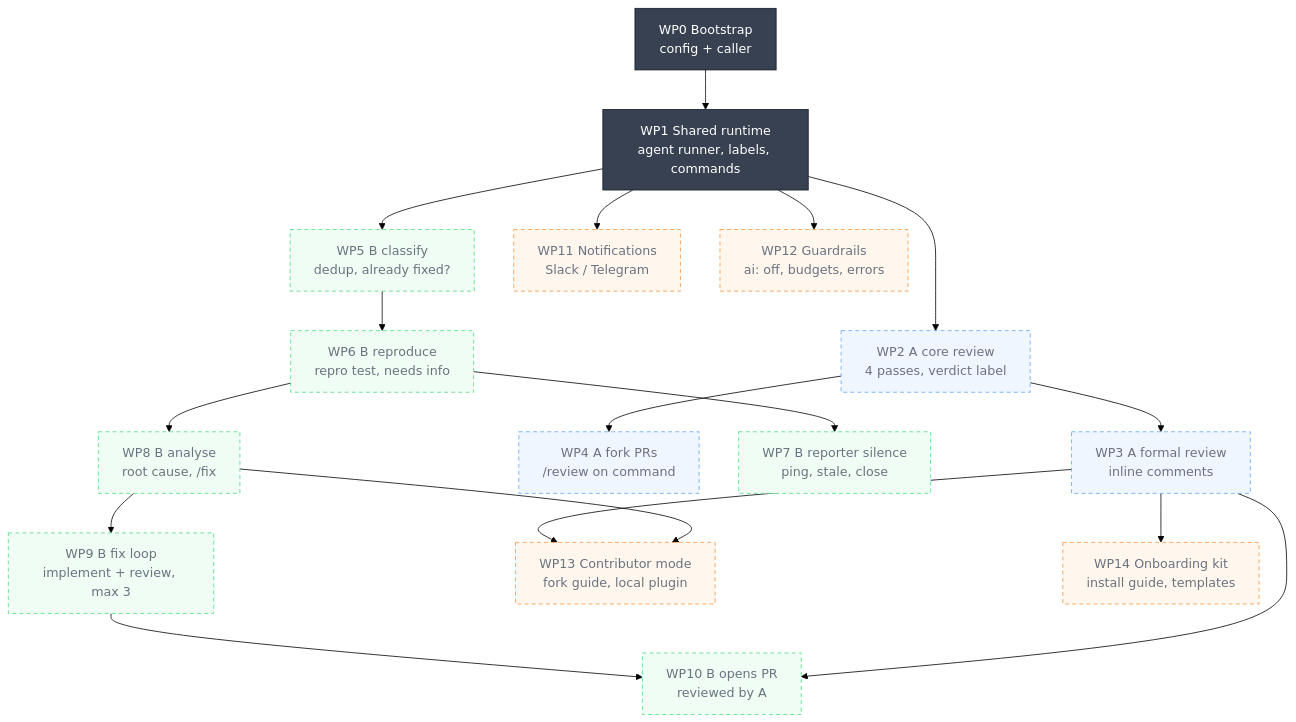
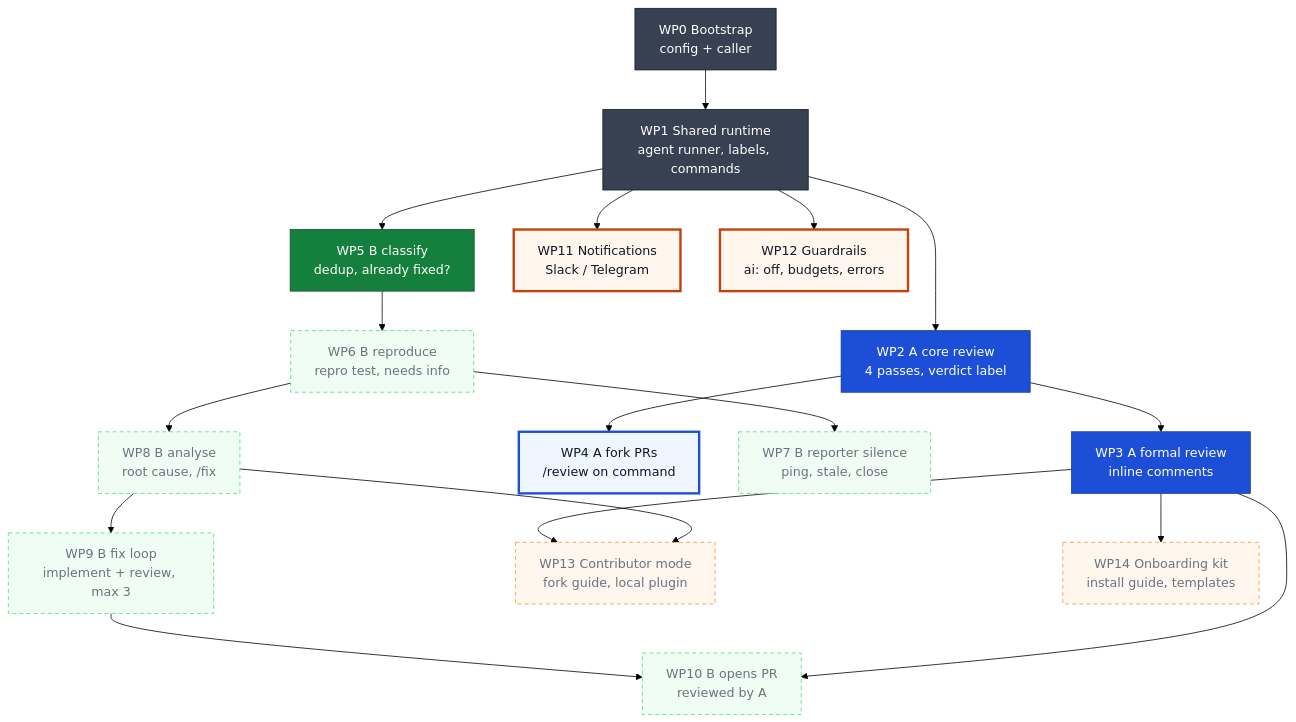
The first of 3 diagrams in docs/diagrams.md (esciara/ai-workflows), drawn with Mermaid (forest theme) before and after one commit. The commit also changed other lines of this file and 3 other files, not shown here.

````diff
--- a/docs/diagrams.md
+++ b/docs/diagrams.md
@@ -22,47 +22,74 @@
 ```mermaid
 flowchart TD
-  WP0["WP0 Bootstrap<br/>config + caller"]:::done --> WP1["WP1 Shared runtime<br/>agent runner, labels, commands"]:::done
+  %% Status is not typed here: render-diagrams sets each WP's class from its bead in docs/board.jsonl (ADR-0046).
+  %% Lanes: <lane> not started, <lane>Wip in progress, <lane>Done done.
+  %% lane base: WP0 WP1
+  %% lane a: WP2 WP3 WP4
+  %% lane b: WP5 WP6 WP7 WP8 WP9 WP10
+  %% lane x: WP11 WP12 WP13 WP14
 
-  WP1 --> WP2["WP2 A core review<br/>4 passes, verdict label"]:::a
-  WP2 --> WP3["WP3 A formal review<br/>inline comments"]:::a
-  WP2 --> WP4["WP4 A fork PRs<br/>/review on command"]:::a
+  WP0["WP0 Bootstrap<br/>config + caller"] --> WP1["WP1 Shared runtime<br/>agent runner, labels, commands"]
 
-  WP1 --> WP5["WP5 B classify<br/>dedup, already fixed?"]:::b
-  WP5 --> WP6["WP6 B reproduce<br/>repro test, needs info"]:::b
-  WP6 --> WP7["WP7 B reporter silence<br/>ping, stale, close"]:::b
-  WP6 --> WP8["WP8 B analyse<br/>root cause, /fix"]:::b
-  WP8 --> WP9["WP9 B fix loop<br/>implement + review, max 3"]:::b
-  WP9 --> WP10["WP10 B opens PR<br/>reviewed by A"]:::b
+  WP1 --> WP2["WP2 A core review<br/>4 passes, verdict label"]
+  WP2 --> WP3["WP3 A formal review<br/>inline comments"]
+  WP2 --> WP4["WP4 A fork PRs<br/>/review on command"]
+
+  WP1 --> WP5["WP5 B classify<br/>dedup, already fixed?"]
+  WP5 --> WP6["WP6 B reproduce<br/>repro test, needs info"]
+  WP6 --> WP7["WP7 B reporter silence<br/>ping, stale, close"]
+  WP6 --> WP8["WP8 B analyse<br/>root cause, /fix"]
+  WP8 --> WP9["WP9 B fix loop<br/>implement + review, max 3"]
+  WP9 --> WP10["WP10 B opens PR<br/>reviewed by A"]
   WP3 --> WP10
 
-  WP1 --> WP11["WP11 Notifications<br/>Slack / Telegram"]:::x
-  WP1 --> WP12["WP12 Guardrails<br/>ai: off, budgets, errors"]:::x
-  WP3 --> WP13["WP13 Contributor mode<br/>fork guide, local plugin"]:::x
+  WP1 --> WP11["WP11 Notifications<br/>Slack / Telegram"]
+  WP1 --> WP12["WP12 Guardrails<br/>ai: off, budgets, errors"]
+  WP3 --> WP13["WP13 Contributor mode<br/>fork guide, local plugin"]
   WP8 --> WP13
-  WP3 --> WP14["WP14 Onboarding kit<br/>install guide, templates"]:::x
+  WP3 --> WP14["WP14 Onboarding kit<br/>install guide, templates"]
+
+  classDef base fill:#f3f4f6,stroke:#9ca3af,stroke-dasharray:5 4,color:#6b7280
+  classDef a fill:#eff6ff,stroke:#60a5fa,stroke-dasharray:5 4,color:#6b7280
+  classDef b fill:#f0fdf4,stroke:#4ade80,stroke-dasharray:5 4,color:#6b7280
+  classDef x fill:#fff7ed,stroke:#fb923c,stroke-dasharray:5 4,color:#6b7280
+  classDef baseWip fill:#f3f4f6,stroke:#4b5563,stroke-width:3px,color:#111827
+  classDef aWip fill:#eff6ff,stroke:#1d4ed8,stroke-width:3px,color:#111827
+  classDef bWip fill:#f0fdf4,stroke:#15803d,stroke-width:3px,color:#111827
+  classDef xWip fill:#fff7ed,stroke:#c2410c,stroke-width:3px,color:#111827
+  classDef baseDone fill:#374151,stroke:#111827,color:#ffffff
+  classDef aDone fill:#1d4ed8,stroke:#1e3a8a,color:#ffffff
+  classDef bDone fill:#15803d,stroke:#14532d,color:#ffffff
+  classDef xDone fill:#c2410c,stroke:#7c2d12,color:#ffffff
 
   click WP0 "https://github.com/esciara/ai-workflows/blob/main/docs/plan.md?plain=1#L32" "Open WP0 in docs/plan.md" _blank
   click WP1 "https://github.com/esciara/ai-workflows/blob/main/docs/plan.md?plain=1#L33" "Open WP1 in docs/plan.md" _blank
   click WP2 "https://github.com/esciara/ai-workflows/blob/main/docs/plan.md?plain=1#L34" "Open WP2 in docs/plan.md" _blank
-  click WP3 "https://github.com/esciara/ai-workflows/blob/main/docs/plan.md?plain=1#L35" "Open WP3 in docs/plan.md" _blank
-  click WP4 "https://github.com/esciara/ai-workflows/blob/main/docs/plan.md?plain=1#L36" "Open WP4 in docs/plan.md" _blank
-  click WP5 "https://github.com/esciara/ai-workflows/blob/main/docs/plan.md?plain=1#L37" "Open WP5 in docs/plan.md" _blank
-  click WP6 "https://github.com/esciara/ai-workflows/blob/main/docs/plan.md?plain=1#L38" "Open WP6 in docs/plan.md" _blank
-  click WP7 "https://github.com/esciara/ai-workflows/blob/main/docs/plan.md?plain=1#L39" "Open WP7 in docs/plan.md" _blank
-  click WP8 "https://github.com/esciara/ai-workflows/blob/main/docs/plan.md?plain=1#L40" "Open WP8 in docs/plan.md" _blank
-  click WP9 "https://github.com/esciara/ai-workflows/blob/main/docs/plan.md?plain=1#L41" "Open WP9 in docs/plan.md" _blank
-  click WP10 "https://github.com/esciara/ai-workflows/blob/main/docs/plan.md?plain=1#L42" "Open WP10 in docs/plan.md" _blank
-  click WP11 "https://github.com/esciara/ai-workflows/blob/main/docs/plan.md?plain=1#L43" "Open WP11 in docs/plan.md" _blank
-  click WP12 "https://github.com/esciara/ai-workflows/blob/main/docs/plan.md?plain=1#L44" "Open WP12 in docs/plan.md" _blank
-  click WP13 "https://github.com/esciara/ai-workflows/blob/main/docs/plan.md?plain=1#L45" "Open WP13 in docs/plan.md" _blank
-  click WP14 "https://github.com/esciara/ai-workflows/blob/main/docs/plan.md?plain=1#L46" "Open WP14 in docs/plan.md" _blank
+  click WP3 "https://github.com/esciara/ai-workflows/blob/main/docs/plan.md?plain=1#L37" "Open WP3 in docs/plan.md" _blank
+  click WP4 "https://github.com/esciara/ai-workflows/blob/main/docs/plan.md?plain=1#L38" "Open WP4 in docs/plan.md" _blank
+  click WP5 "https://github.com/esciara/ai-workflows/blob/main/docs/plan.md?plain=1#L39" "Open WP5 in docs/plan.md" _blank
+  click WP6 "https://github.com/esciara/ai-workflows/blob/main/docs/plan.md?plain=1#L40" "Open WP6 in docs/plan.md" _blank
+  click WP7 "https://github.com/esciara/ai-workflows/blob/main/docs/plan.md?plain=1#L41" "Open WP7 in docs/plan.md" _blank
+  click WP8 "https://github.com/esciara/ai-workflows/blob/main/docs/plan.md?plain=1#L42" "Open WP8 in docs/plan.md" _blank
+  click WP9 "https://github.com/esciara/ai-workflows/blob/main/docs/plan.md?plain=1#L43" "Open WP9 in docs/plan.md" _blank
+  click WP10 "https://github.com/esciara/ai-workflows/blob/main/docs/plan.md?plain=1#L44" "Open WP10 in docs/plan.md" _blank
+  click WP11 "https://github.com/esciara/ai-workflows/blob/main/docs/plan.md?plain=1#L45" "Open WP11 in docs/plan.md" _blank
+  click WP12 "https://github.com/esciara/ai-workflows/blob/main/docs/plan.md?plain=1#L48" "Open WP12 in docs/plan.md" _blank
+  click WP13 "https://github.com/esciara/ai-workflows/blob/main/docs/plan.md?plain=1#L51" "Open WP13 in docs/plan.md" _blank
+  click WP14 "https://github.com/esciara/ai-workflows/blob/main/docs/plan.md?plain=1#L52" "Open WP14 in docs/plan.md" _blank
 
-  classDef done fill:#374151,stroke:#111827,color:#ffffff
-  classDef base fill:#f3f4f6,stroke:#9ca3af,stroke-dasharray:5 4,color:#6b7280
-  classDef a fill:#eff6ff,stroke:#60a5fa,stroke-dasharray:5 4,color:#6b7280
-  classDef b fill:#f0fdf4,stroke:#4ade80,stroke-dasharray:5 4,color:#6b7280
-  classDef x fill:#fff7ed,stroke:#fb923c,stroke-dasharray:5 4,color:#6b7280
-  classDef aDone fill:#1d4ed8,stroke:#1e3a8a,color:#ffffff
-  classDef bDone fill:#15803d,stroke:#14532d,color:#ffffff
-  classDef xDone fill:#c2410c,stroke:#7c2d12,color:#ffffff
+  class WP0 baseDone
+  class WP1 baseDone
+  class WP2 aDone
+  class WP3 aDone
+  class WP4 aWip
+  class WP5 bDone
+  class WP6 b
+  class WP7 b
+  class WP8 b
+  class WP9 b
+  class WP10 b
+  class WP11 xWip
+  class WP12 xWip
+  class WP13 x
+  class WP14 x
 ```
````
